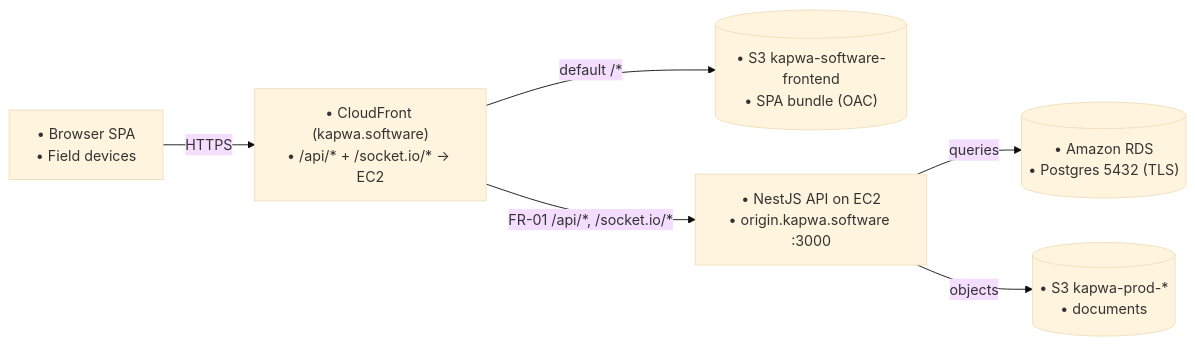
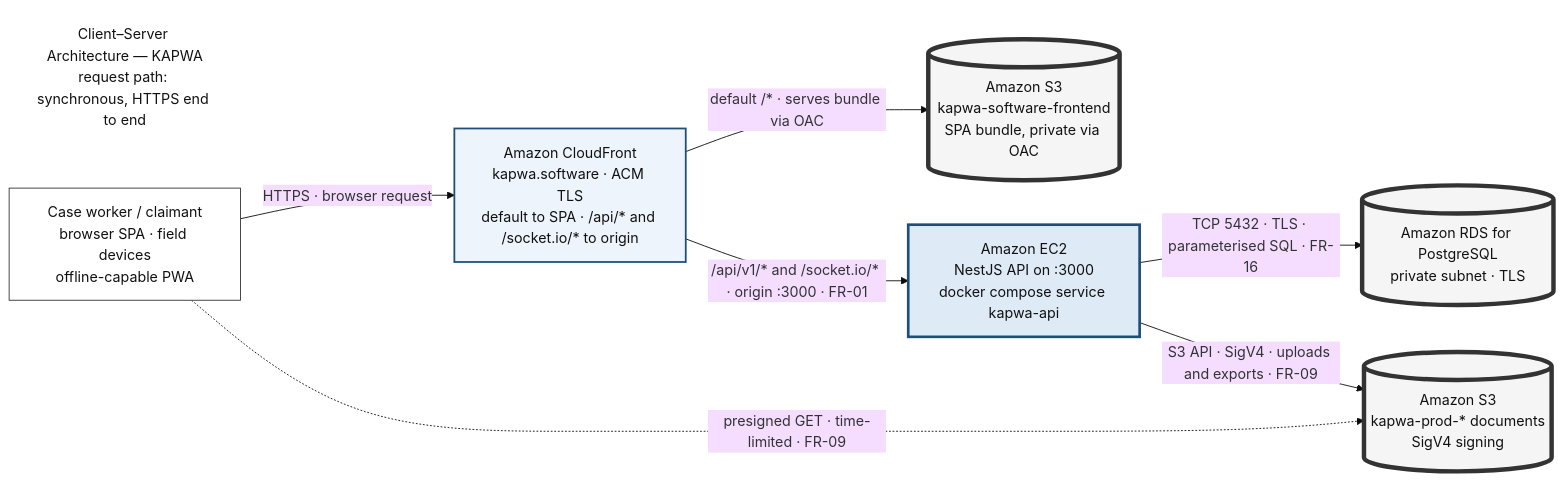
One commit to urlsalimbot/THESIS1-KAPWA changed the second of 3 diagrams in docs/diagrams/08-system-architecture.md. Above: the diagram before and after it, drawn with Mermaid (base theme). The commit also changed other lines of this file and 2 other files, not shown here.

First line of the commit message:
docs: refresh test plan, user stories and architecture to current functionality

````diff
--- a/docs/diagrams/08-system-architecture.md
+++ b/docs/diagrams/08-system-architecture.md
@@ -76,15 +142,29 @@
 ```mermaid
 flowchart LR
-    C["• Browser SPA<br/>• Field devices"]
-    CF["• CloudFront (kapwa.software)<br/>• /api/* + /socket.io/* → EC2"]
-    SPA[("• S3 kapwa-software-frontend<br/>• SPA bundle (OAC)")]
-    API["• NestJS API on EC2<br/>• origin.kapwa.software :3000"]
-    PG[("• Amazon RDS<br/>• Postgres 5432 (TLS)")]
-    S3[("• S3 kapwa-prod-*<br/>• documents")]
+    classDef actor fill:#ffffff,stroke:#333333,stroke-width:1px,color:#111111
+    classDef cdn fill:#eef4fb,stroke:#1f4e79,stroke-width:2px,color:#111111
+    classDef compute fill:#dfeaf7,stroke:#1f4e79,stroke-width:3px,color:#111111
+    classDef store fill:#f5f5f5,stroke:#333333,stroke-width:5px,color:#111111
+    classDef title fill:#ffffff,stroke:#ffffff,color:#111111,font-size:16px
 
-    C -->|"HTTPS"| CF
-    CF -->|"default /*"| SPA
-    CF -->|"FR-01 /api/*, /socket.io/*"| API
-    API -->|"queries"| PG
-    API -->|"objects"| S3
+    T["Client–Server Architecture — KAPWA<br/>request path: synchronous, HTTPS end to end"]:::title
+
+    U["Case worker / claimant<br/>browser SPA · field devices<br/>offline-capable PWA"]:::actor
+    CF["Amazon CloudFront<br/>kapwa.software · ACM TLS<br/>default to SPA · /api/* and /socket.io/* to origin"]:::cdn
+    SPAB[("Amazon S3<br/>kapwa-software-frontend<br/>SPA bundle, private via OAC")]:::store
+    API["Amazon EC2<br/>NestJS API on :3000<br/>docker compose service kapwa-api"]:::compute
+    PG[("Amazon RDS for PostgreSQL<br/>private subnet · TLS")]:::store
+    DOC[("Amazon S3<br/>kapwa-prod-* documents<br/>SigV4 signing")]:::store
+
+    U -->|"HTTPS · browser request"| CF
+    %% FR-01: the bundle is served from the private bucket through OAC
+    CF -->|"default /* · serves bundle via OAC"| SPAB
+    %% FR-01: API and socket traffic keep the same origin
+    CF -->|"/api/v1/* and /socket.io/* · origin :3000 · FR-01"| API
+    %% FR-10, FR-16, FR-17: relational state, audit trail, idempotency keys
+    API -->|"TCP 5432 · TLS · parameterised SQL · FR-16"| PG
+    %% FR-09: server-side uploads and exports, documents held in S3
+    API -->|"S3 API · SigV4 · uploads and exports · FR-09"| DOC
+    %% FR-09: documents are read back with time-limited presigned GETs
+    U -.->|"presigned GET · time-limited · FR-09"| DOC
 ```
````
